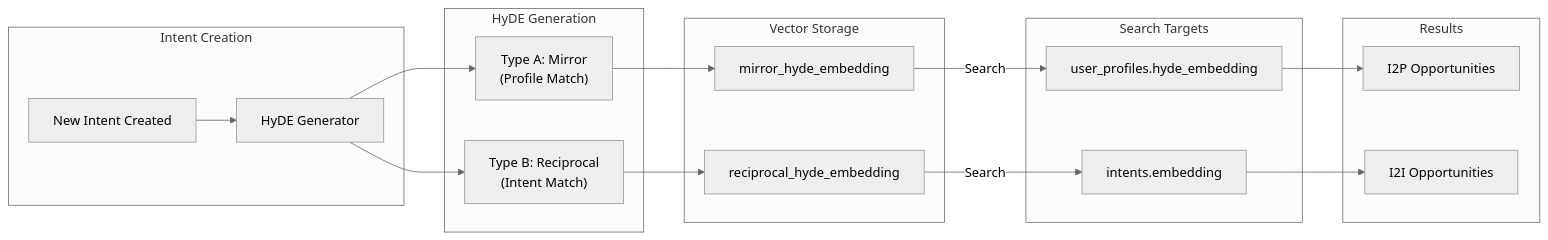
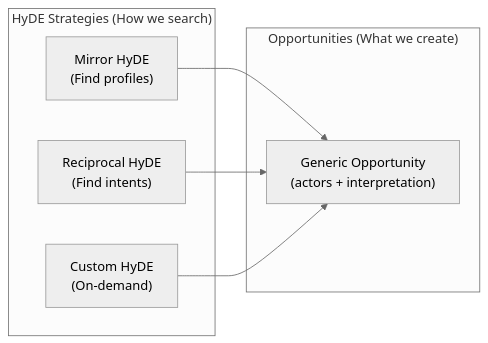
Before and after one commit to yanekyuk/index: the third of 7 diagrams in protocol/plans/opportunity-redesign-plan.md, drawn with Mermaid (neutral theme). The commit also changed other lines of this file, not shown here.

First line of the commit message:
docs(opportunity): rewrite opportunity redesign plan to v2.0

````diff
--- a/protocol/plans/opportunity-redesign-plan.md
+++ b/protocol/plans/opportunity-redesign-plan.md
@@ -409,27 +314,16 @@
 ```mermaid
 flowchart LR
-    subgraph "Intent Creation"
-        INT["New Intent Created"]
-        INT --> GEN["HyDE Generator"]
+    subgraph "HyDE Strategies (How we search)"
+        MIRROR["Mirror HyDE<br/>(Find profiles)"]
+        RECIP["Reciprocal HyDE<br/>(Find intents)"]
+        CUSTOM["Custom HyDE<br/>(On-demand)"]
     end
     
-    subgraph "HyDE Generation"
-        GEN --> MIRROR["Type A: Mirror<br/>(Profile Match)"]
-        GEN --> RECIP["Type B: Reciprocal<br/>(Intent Match)"]
+    subgraph "Opportunities (What we create)"
+        OPP["Generic Opportunity<br/>(actors + interpretation)"]
     end
     
-    subgraph "Vector Storage"
-        MIRROR --> MV["mirror_hyde_embedding"]
-        RECIP --> RV["reciprocal_hyde_embedding"]
-    end
-    
-    subgraph "Search Targets"
-        MV -->|"Search"| PROFILES["user_profiles.hyde_embedding"]
-        RV -->|"Search"| INTENTS["intents.embedding"]
-    end
-    
-    subgraph "Results"
-        PROFILES --> I2P_OPP["I2P Opportunities"]
-        INTENTS --> I2I_OPP["I2I Opportunities"]
-    end
+    MIRROR --> OPP
+    RECIP --> OPP
+    CUSTOM --> OPP
 ```
````
